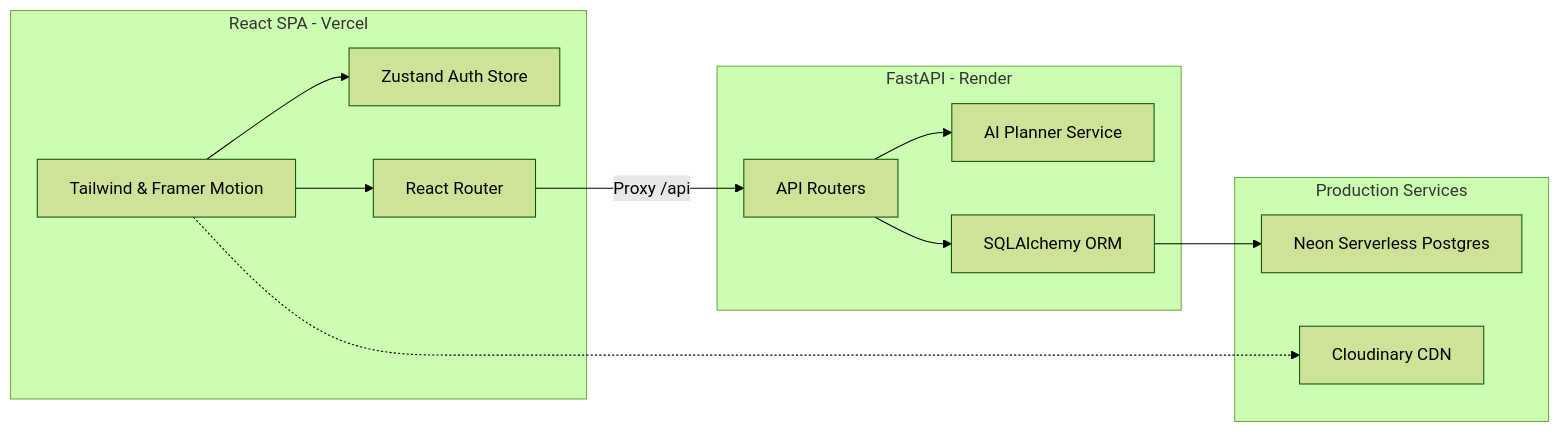
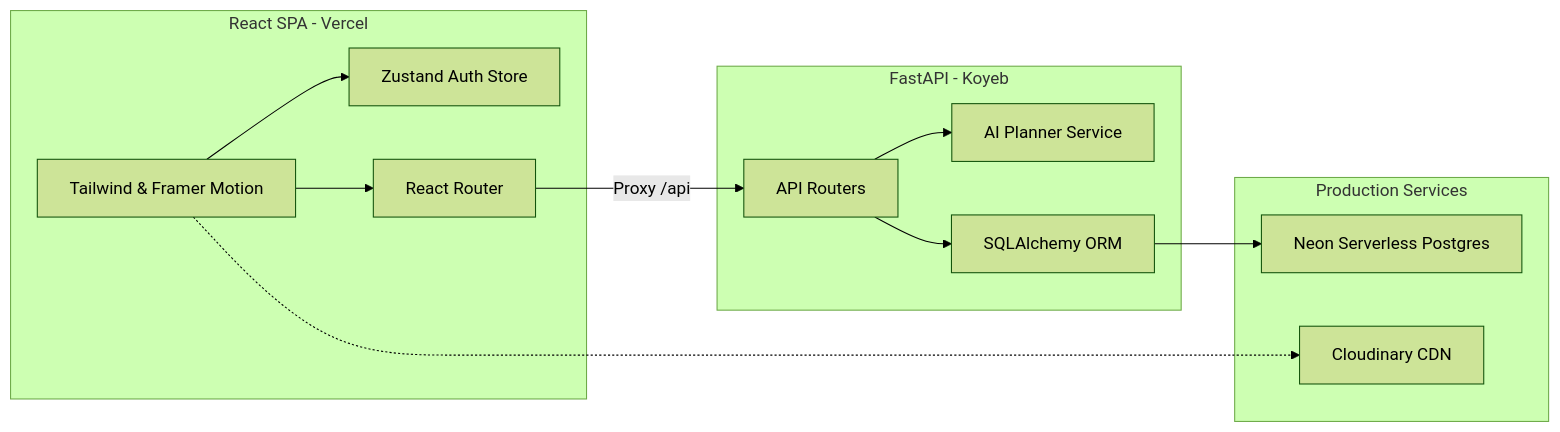
The diagram in PROJECT_STATUS.md (itsmesyaam/travelwithus), drawn with Mermaid (forest theme) before and after one commit. The commit also changed other lines of this file and 3 other files, not shown here.

````diff
--- a/PROJECT_STATUS.md
+++ b/PROJECT_STATUS.md
@@ -34,19 +34,19 @@
 ```mermaid
 graph LR
     subgraph Frontend [React SPA - Vercel]
         UI[Tailwind & Framer Motion] --> Zustand[Zustand Auth Store]
         UI --> Router[React Router]
     end
 
-    subgraph Backend [FastAPI - Render]
+    subgraph Backend [FastAPI - Koyeb]
         API[API Routers] --> Services[AI Planner Service]
         API --> DB[SQLAlchemy ORM]
     end
 
     subgraph Storage [Production Services]
         DB --> Neon[Neon Serverless Postgres]
         UI -.-> Cloudinary[Cloudinary CDN]
     end
 
     Router -- Proxy /api --> API
 ```
````
